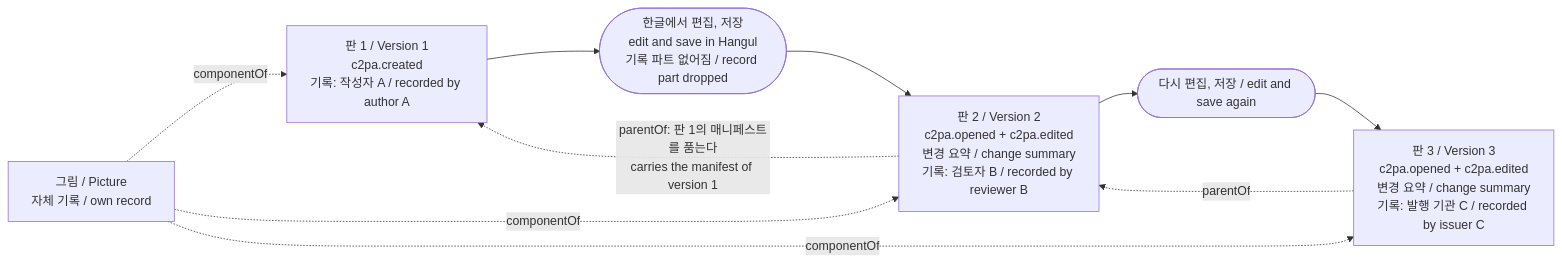
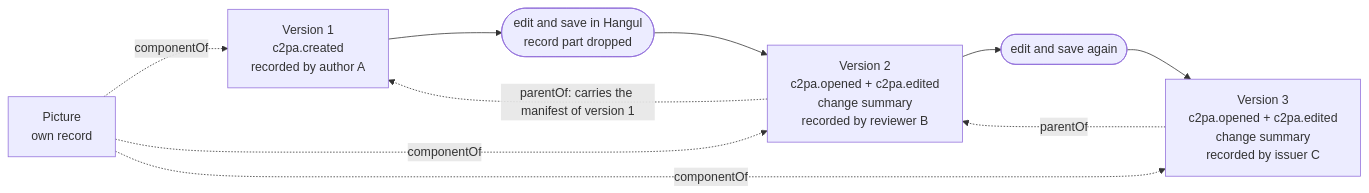
One commit to speeno/hwpx-c2pa changed the fourth of 5 diagrams in docs/how-it-works.md. Above: the diagram before and after it, drawn with Mermaid. The commit also changed other lines of this file and 9 other files, not shown here.

````diff
--- a/docs/how-it-works.md
+++ b/docs/how-it-works.md
@@ -134,15 +123,15 @@
 ```mermaid
 flowchart LR
-  V1["판 1 / Version 1<br/>c2pa.created<br/>기록: 작성자 A / recorded by author A"]
-  E1(["한글에서 편집, 저장<br/>edit and save in Hangul<br/>기록 파트 없어짐 / record part dropped"])
-  V2["판 2 / Version 2<br/>c2pa.opened + c2pa.edited<br/>변경 요약 / change summary<br/>기록: 검토자 B / recorded by reviewer B"]
-  E2(["다시 편집, 저장 / edit and save again"])
-  V3["판 3 / Version 3<br/>c2pa.opened + c2pa.edited<br/>변경 요약 / change summary<br/>기록: 발행 기관 C / recorded by issuer C"]
-  P["그림 / Picture<br/>자체 기록 / own record"]
+  V1["Version 1<br/>c2pa.created<br/>recorded by author A"]
+  E1(["edit and save in Hangul<br/>record part dropped"])
+  V2["Version 2<br/>c2pa.opened + c2pa.edited<br/>change summary<br/>recorded by reviewer B"]
+  E2(["edit and save again"])
+  V3["Version 3<br/>c2pa.opened + c2pa.edited<br/>change summary<br/>recorded by issuer C"]
+  P["Picture<br/>own record"]
   V1 --> E1 --> V2 --> E2 --> V3
-  V2 -. "parentOf: 판 1의 매니페스트를 품는다<br/>carries the manifest of version 1" .-> V1
+  V2 -. "parentOf: carries the manifest of version 1" .-> V1
   V3 -. "parentOf" .-> V2
   P -. "componentOf" .-> V1
   P -. "componentOf" .-> V2
   P -. "componentOf" .-> V3
 ```
````
